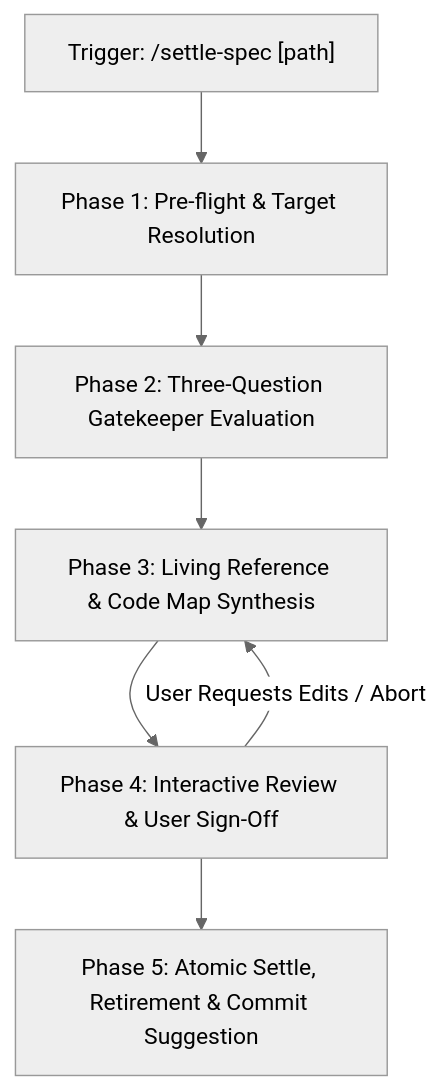
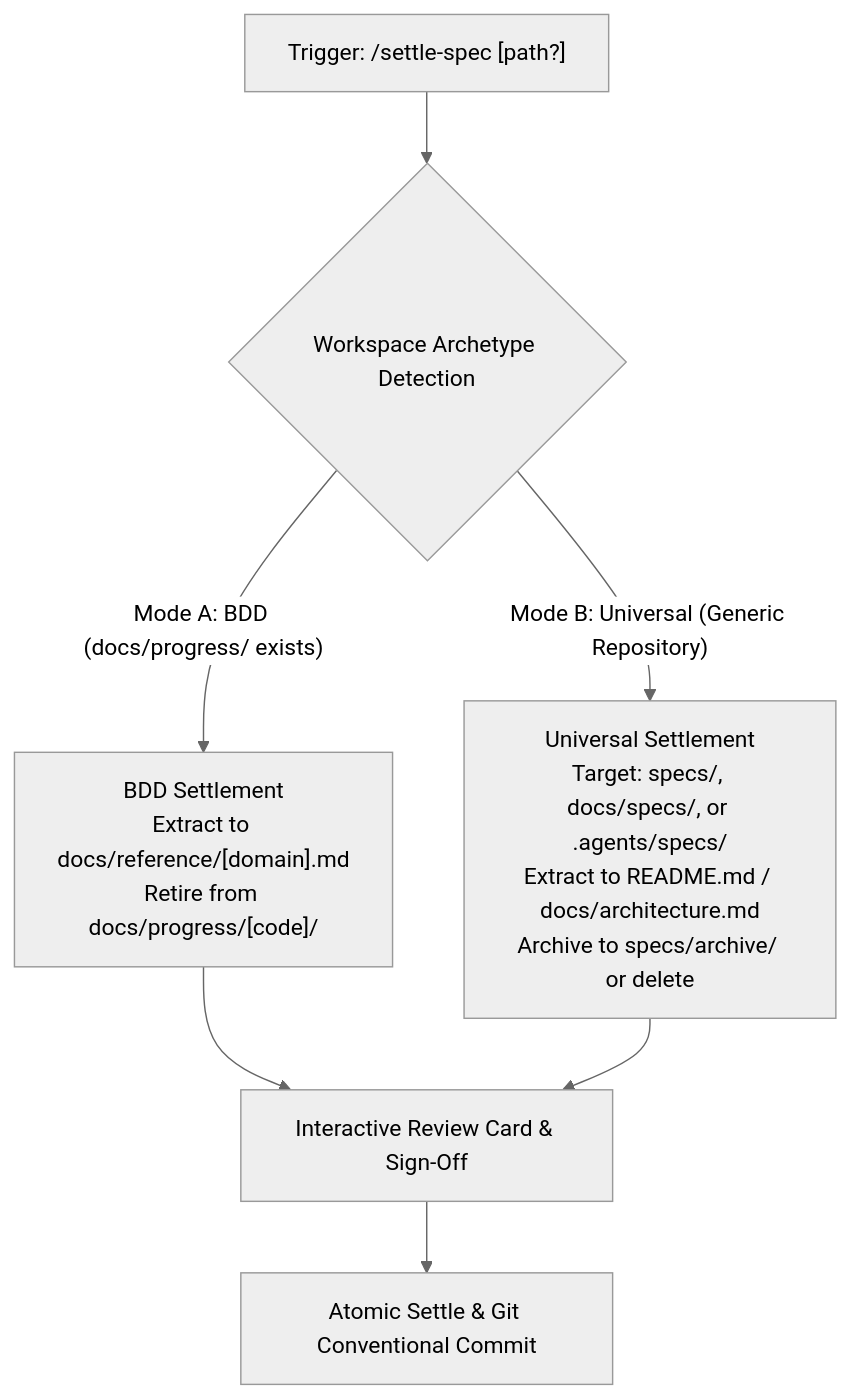
One commit to josudoey/skills changed the diagram in skills/settle-spec/SKILL.md. Above: the diagram before and after it, drawn with Mermaid (neutral theme). The commit also changed other lines of this file and 3 other files, not shown here.

Commit message:
feat(settle-spec): add universal mode support and settle spec into living reference

````diff
--- a/skills/settle-spec/SKILL.md
+++ b/skills/settle-spec/SKILL.md
@@ -12,10 +12,12 @@
 ```mermaid
 flowchart TD
-    Trigger["Trigger: /settle-spec [path]"] --> P1["Phase 1: Pre-flight & Target Resolution"]
-    P1 --> P2["Phase 2: Three-Question Gatekeeper Evaluation"]
-    P2 --> P3["Phase 3: Living Reference & Code Map Synthesis"]
-    P3 --> P4["Phase 4: Interactive Review & User Sign-Off"]
-    P4 --> P5["Phase 5: Atomic Settle, Retirement & Commit Suggestion"]
-
-    P4 -->|"User Requests Edits / Abort"| P3
+    Trigger["Trigger: /settle-spec [path?]"] --> Detect{"Workspace Archetype Detection"}
+    
+    Detect -- "Mode A: BDD (docs/progress/ exists)" --> SettleBDD["BDD Settlement\nExtract to docs/reference/[domain].md\nRetire from docs/progress/[code]/"]
+    
+    Detect -- "Mode B: Universal (Generic Repository)" --> SettleUni["Universal Settlement\nTarget: specs/, docs/specs/, or .agents/specs/\nExtract to README.md / docs/architecture.md\nArchive to specs/archive/ or delete"]
+    
+    SettleBDD --> Review["Interactive Review Card & Sign-Off"]
+    SettleUni --> Review
+    Review --> Execute["Atomic Settle & Git Conventional Commit"]
 ```
````
